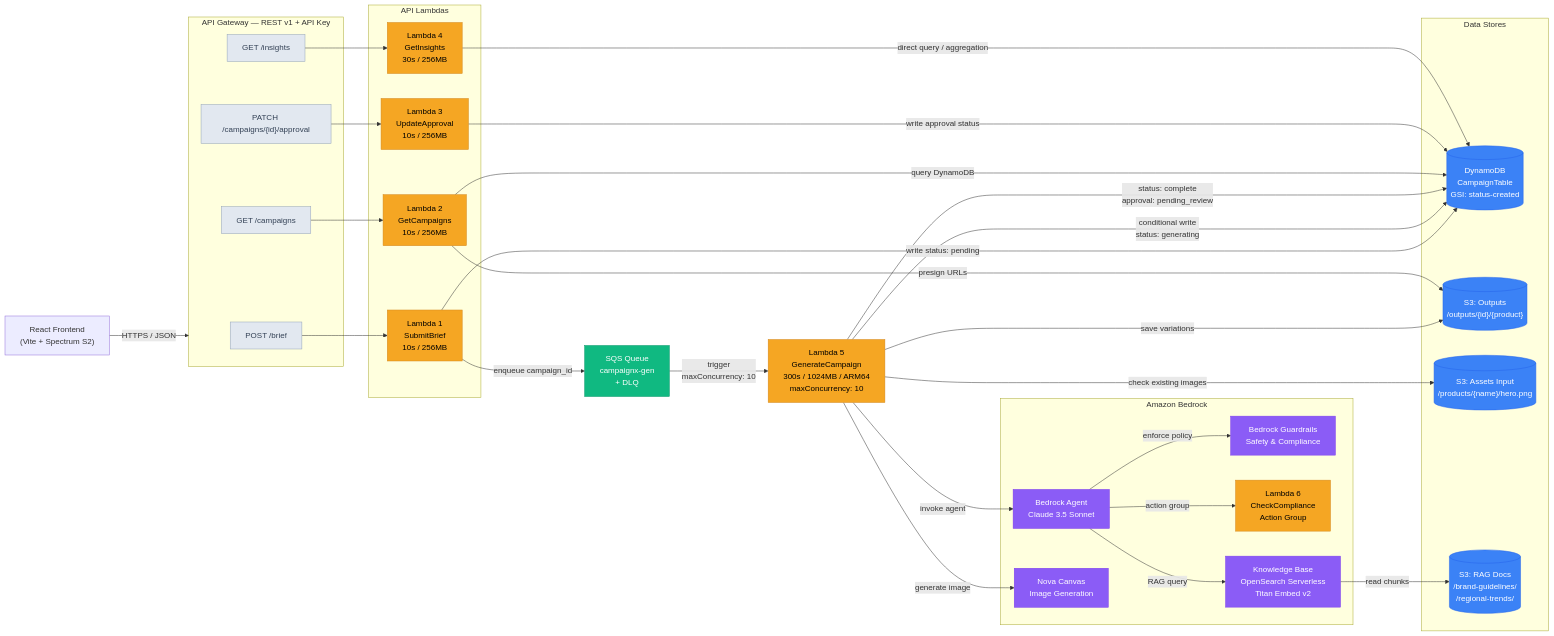
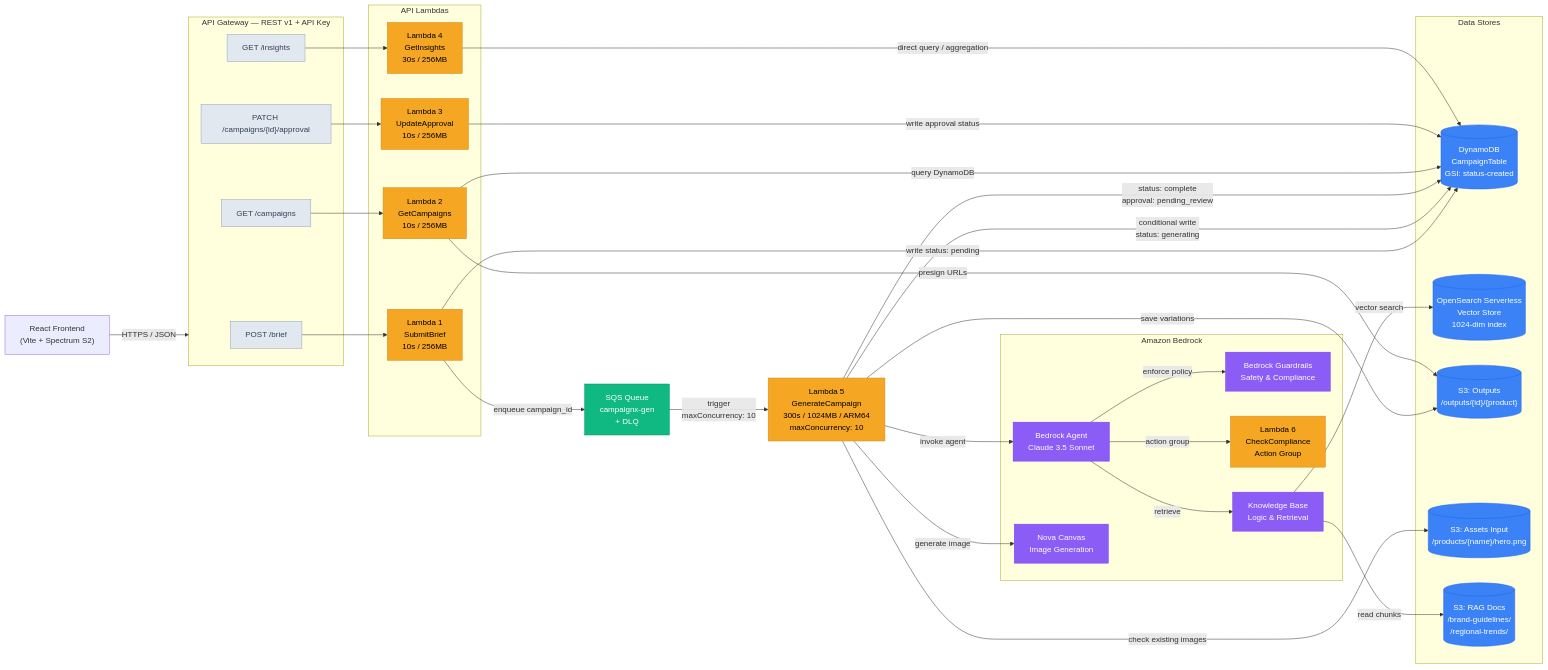
The diagram in scripts/aws-architecture-poc.md (corganfuzz/campaignx-infra), drawn with Mermaid before and after one commit. The commit also changed 1 other file, not shown here.

Commit message:
Update docs with Vector DB details

```diff
--- a/scripts/aws-architecture-poc.md
+++ b/scripts/aws-architecture-poc.md
@@ -30,13 +30,14 @@
         Agent["Bedrock Agent\nClaude 3.5 Sonnet"]
         Guard["Bedrock Guardrails\nSafety & Compliance"]
         L6["Lambda 6\nCheckCompliance\nAction Group"]
-        KB["Knowledge Base\nOpenSearch Serverless\nTitan Embed v2"]
+        KB["Knowledge Base\nLogic & Retrieval"]
         Nova["Nova Canvas\nImage Generation"]
     end
 
     %% ─── Data Stores ───
     subgraph Data ["Data Stores"]
         DDB[("DynamoDB\nCampaignTable\nGSI: status-created")]
+        OS[("OpenSearch Serverless\nVector Store\n1024-dim index")]
         S3Out[("S3: Outputs\n/outputs/{id}/{product}")]
         S3In[("S3: Assets Input\n/products/{name}/hero.png")]
         S3RAG[("S3: RAG Docs\n/brand-guidelines/\n/regional-trends/")]
@@ -63,7 +64,8 @@
     L5 -- "check existing images" --> S3In
     L5 -- "invoke agent" --> Agent
     Agent -- "enforce policy" --> Guard
-    Agent -- "RAG query" --> KB
+    Agent -- "retrieve" --> KB
+    KB -- "vector search" --> OS
     KB -- "read chunks" --> S3RAG
     Agent -- "action group" --> L6
     L5 -- "generate image" --> Nova
@@ -88,7 +90,7 @@
     classDef route fill:#e2e8f0,stroke:#94a3b8,color:#334155
 
     class L1,L2,L3,L4,L5,L6 lambda
-    class DDB,S3Out,S3In,S3RAG storage
+    class DDB,OS,S3Out,S3In,S3RAG storage
     class Agent,KB,Nova,Guard bedrock
     class SQS queue
     class R1,R3,R5,R6 route
```
